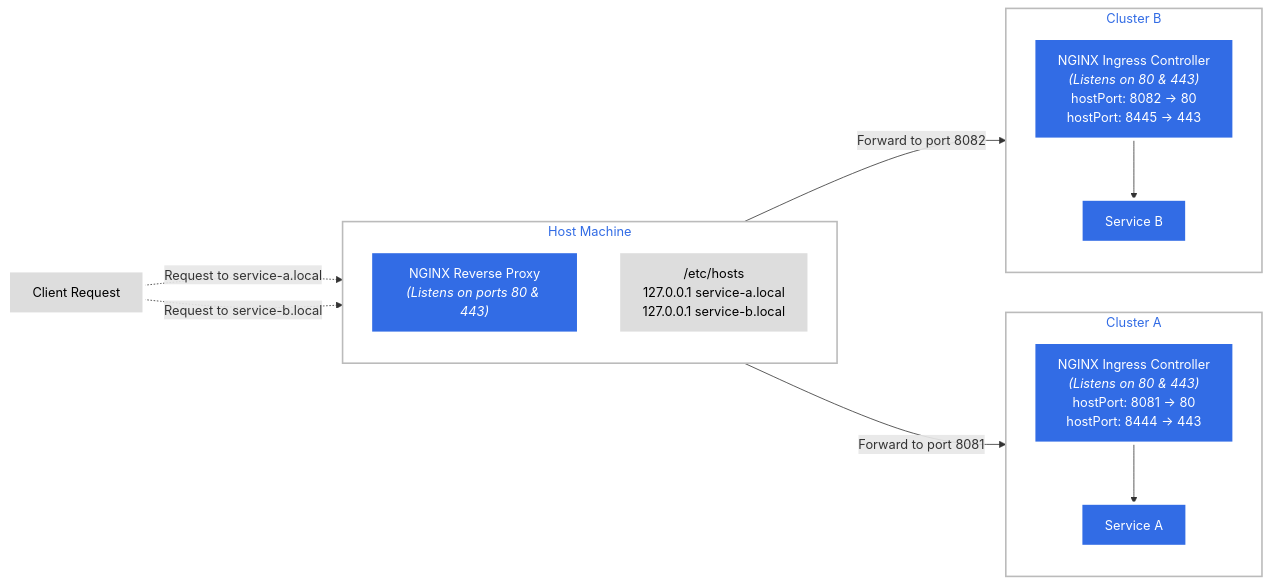
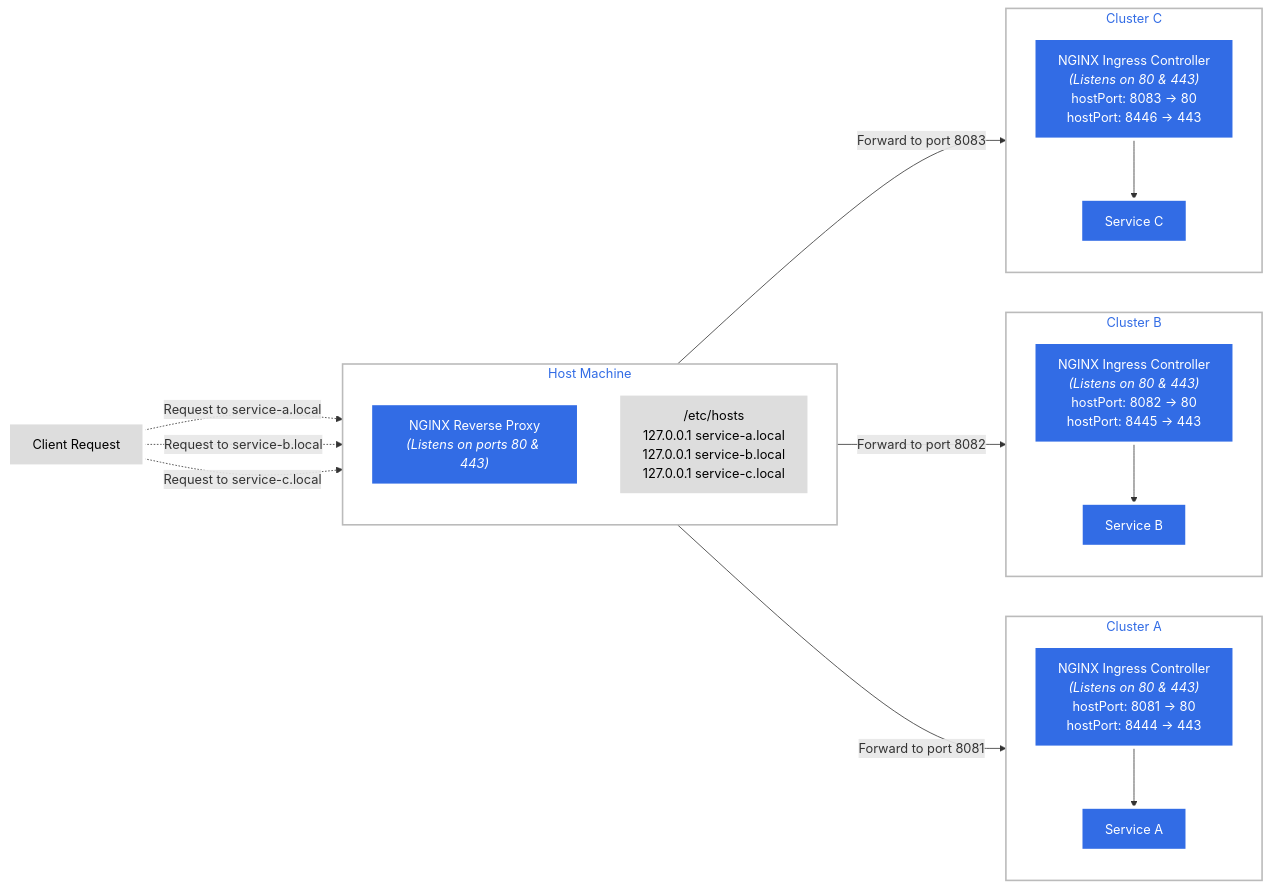
Before and after one commit to nadavSalman/kind-local-multi-clusters: the diagram in readme.md, drawn with Mermaid. The commit also changed other lines of this file and 15 other files, not shown here.

`````diff
--- a/readme.md
+++ b/readme.md
@@ -11,42 +11,49 @@
 ```mermaid
 graph LR
   client["Client Request"]-.->|Request to service-a.local| nginx_proxy
   client-.->|Request to service-b.local| nginx_proxy
+  client-.->|Request to service-c.local| nginx_proxy
 
   subgraph Host_Machine["Host Machine"]
     direction TB
-    etc_hosts["/etc/hosts<br>127.0.0.1 service-a.local<br>127.0.0.1 service-b.local"]
+    etc_hosts["/etc/hosts<br>127.0.0.1 service-a.local<br>127.0.0.1 service-b.local<br>127.0.0.1 service-c.local"]
     nginx_proxy["NGINX Reverse Proxy<br><i>(Listens on ports 80 & 443)</i>"]
   end
 
   subgraph Cluster_A["Cluster A"]
     direction TB
     ingress_a["NGINX Ingress Controller<br><i>(Listens on 80 & 443)</i><br>hostPort: 8081 → 80<br>hostPort: 8444 → 443"]
     service_a["Service A"]
   end
 
   subgraph Cluster_B["Cluster B"]
     direction TB
     ingress_b["NGINX Ingress Controller<br><i>(Listens on 80 & 443)</i><br>hostPort: 8082 → 80<br>hostPort: 8445 → 443"]
     service_b["Service B"]
   end
 
+  subgraph Cluster_C["Cluster C"]
+    direction TB
+    ingress_c["NGINX Ingress Controller<br><i>(Listens on 80 & 443)</i><br>hostPort: 8083 → 80<br>hostPort: 8446 → 443"]
+    service_c["Service C"]
+  end
+
   nginx_proxy -->|Forward to port 8081| ingress_a
   nginx_proxy -->|Forward to port 8082| ingress_b
+  nginx_proxy -->|Forward to port 8083| ingress_c
 
   ingress_a --> service_a
   ingress_b --> service_b
+  ingress_c --> service_c
 
   %% Classes & styling like Kubernetes ODC theme
   classDef plain fill:#ddd,stroke:#fff,stroke-width:4px,color:#000;
   classDef k8s fill:#326ce5,stroke:#fff,stroke-width:4px,color:#fff;
   classDef cluster fill:#fff,stroke:#bbb,stroke-width:2px,color:#326ce5;
 
   class client plain;
   class nginx_proxy k8s;
-  class ingress_a,ingress_b,service_a,service_b k8s;
-  class Host_Machine,Cluster_A,Cluster_B cluster;
+  class ingress_a,ingress_b,ingress_c,service_a,service_b,service_c k8s;
+  class Host_Machine,Cluster_A,Cluster_B,Cluster_C cluster;
   class etc_hosts plain;
-
-
-````
+```
`````
